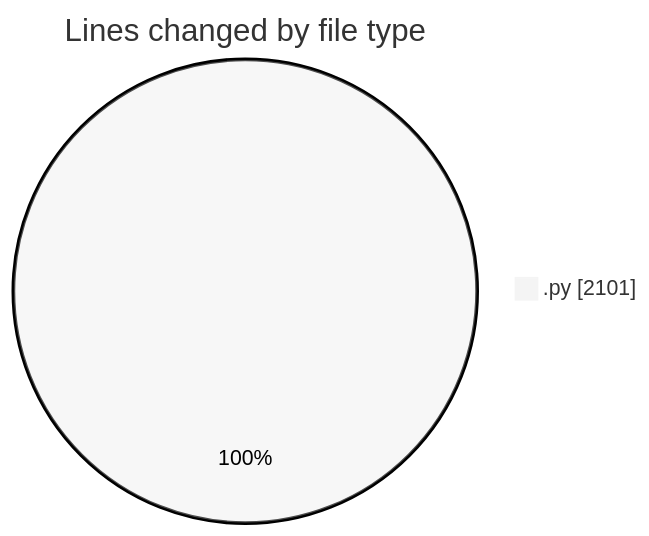
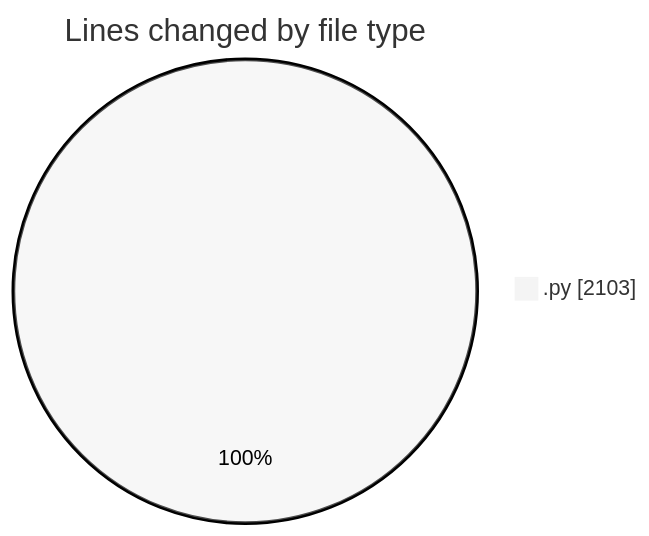
The first of 2 diagrams in 2025-04-19/myws__workspace_/README.md (MatusMokan/code-tracking), drawn with Mermaid (neutral theme) before and after one commit. The commit also changed other lines of this file and 1 other file, not shown here.

````diff
--- a/2025-04-19/myws__workspace_/README.md
+++ b/2025-04-19/myws__workspace_/README.md
@@ -23,5 +23,5 @@
 ```mermaid
 pie showData
 title Lines changed by file type
-".py" : 2101
+".py" : 2103
 ```
````
